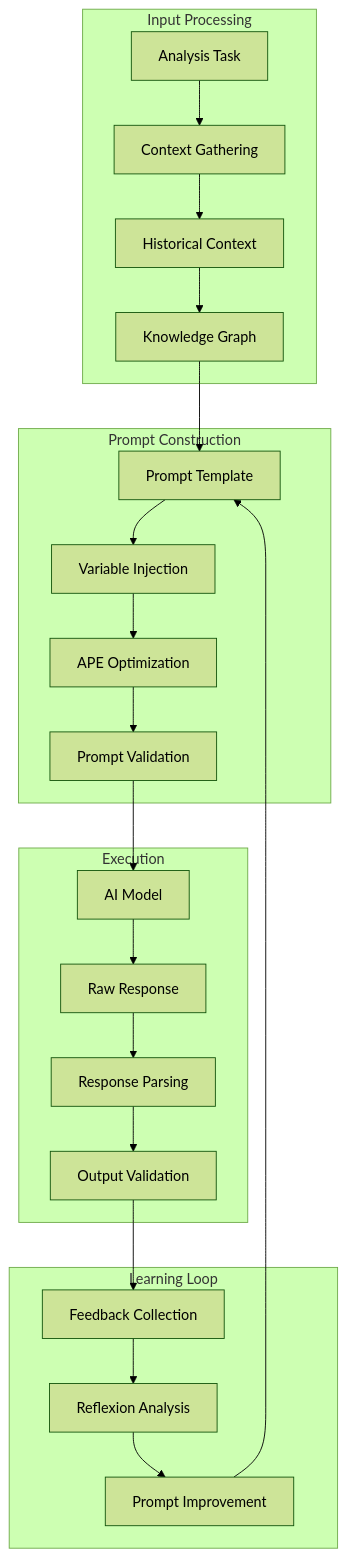
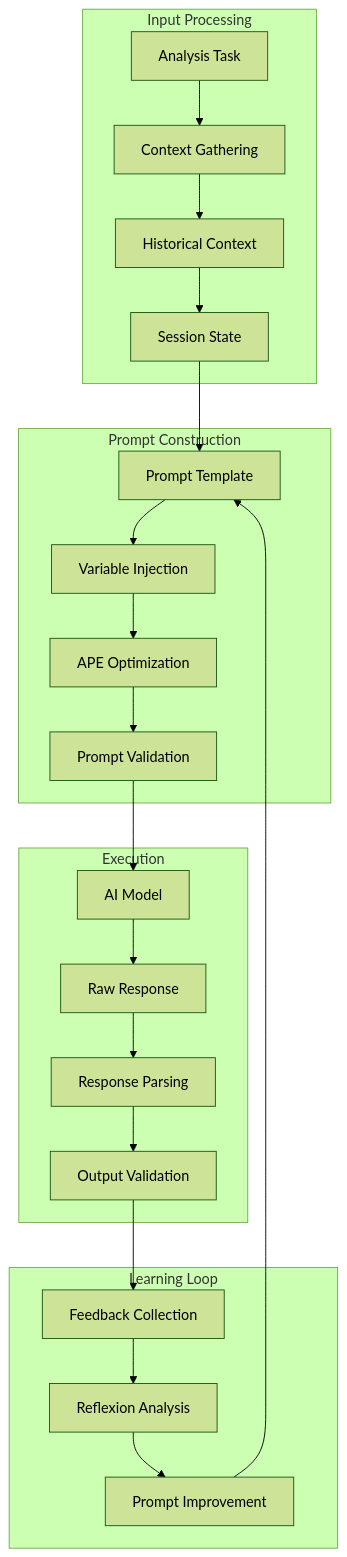
Before and after one commit to tosin2013/mcp-adr-analysis-server: the diagram in docs/explanation/prompt-engineering.md, drawn with Mermaid (forest theme). The commit also changed other lines of this file and 28 other files, not shown here.

First line of the commit message:
docs(naming): rename "Knowledge Graph" to "Session & Tool-Usage Tracker" (#1548) (#1606)

````diff
--- a/docs/explanation/prompt-engineering.md
+++ b/docs/explanation/prompt-engineering.md
@@ -25,29 +25,29 @@
 ```mermaid
 graph TB
     subgraph "Input Processing"
         Task[Analysis Task] --> Context[Context Gathering]
         Context --> History[Historical Context]
-        History --> Knowledge[Knowledge Graph]
+        History --> Knowledge[Session State]
     end
 
     subgraph "Prompt Construction"
         Knowledge --> Template[Prompt Template]
         Template --> Variables[Variable Injection]
         Variables --> Optimization[APE Optimization]
         Optimization --> Validation[Prompt Validation]
     end
 
     subgraph "Execution"
         Validation --> AI[AI Model]
         AI --> Response[Raw Response]
         Response --> Parsing[Response Parsing]
         Parsing --> Validation2[Output Validation]
     end
 
     subgraph "Learning Loop"
         Validation2 --> Feedback[Feedback Collection]
         Feedback --> Reflexion[Reflexion Analysis]
         Reflexion --> Improvement[Prompt Improvement]
         Improvement --> Template
     end
 ```
````
